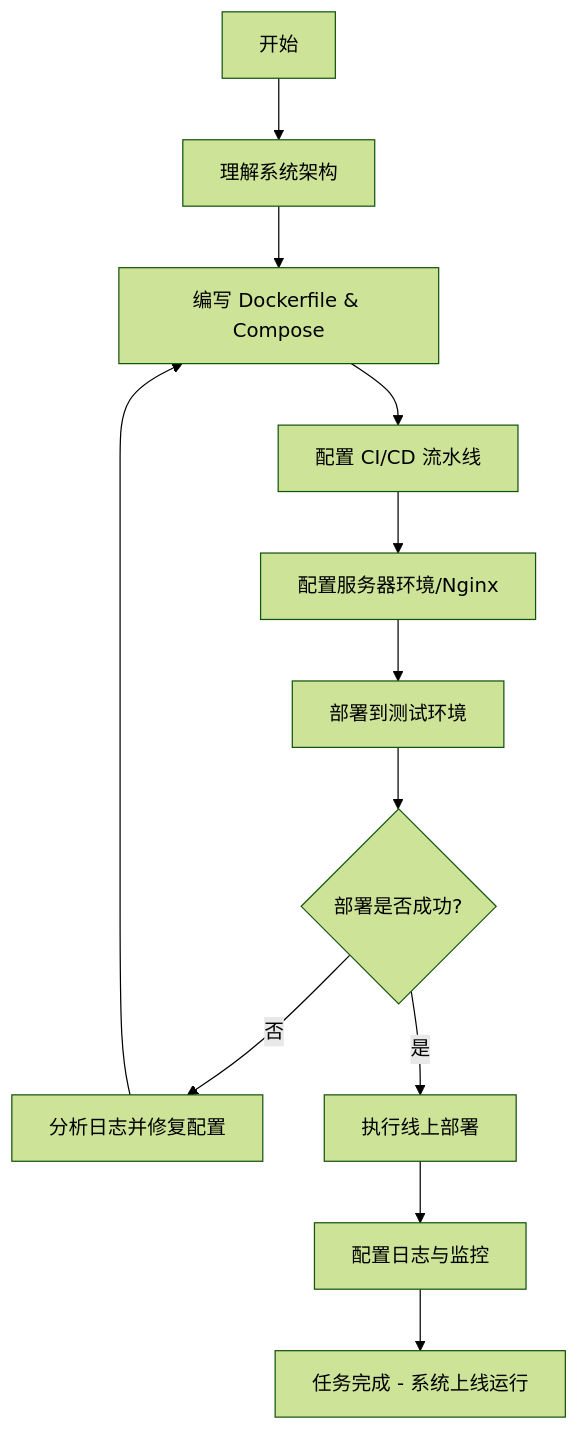
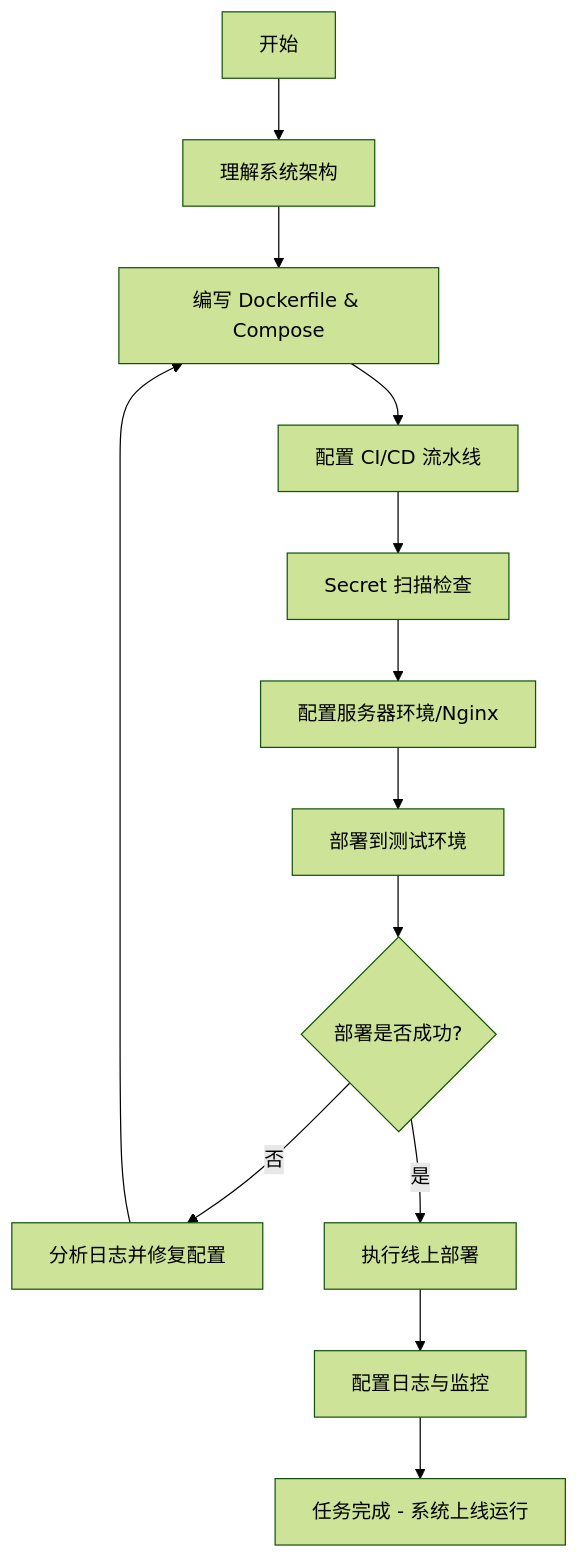
The diagram in docs/roles/devops_engineer.md (ZhangColin/ai-teacher-platform), drawn with Mermaid (forest theme) before and after one commit. The commit also changed other lines of this file and 3 other files, not shown here.

````diff
--- a/docs/roles/devops_engineer.md
+++ b/docs/roles/devops_engineer.md
@@ -113,14 +114,15 @@
 ```mermaid
 graph TD
     A[开始] --> B[理解系统架构]
     B --> C[编写 Dockerfile & Compose]
     C --> D[配置 CI/CD 流水线]
-    D --> E[配置服务器环境/Nginx]
+    D --> D1[Secret 扫描检查]
+    D1 --> E[配置服务器环境/Nginx]
     E --> F[部署到测试环境]
     F --> G{部署是否成功?}
     G -- 否 --> H[分析日志并修复配置]
     H --> C
     G -- 是 --> I[执行线上部署]
     I --> J[配置日志与监控]
     J --> K[任务完成 - 系统上线运行]
 ```
````
